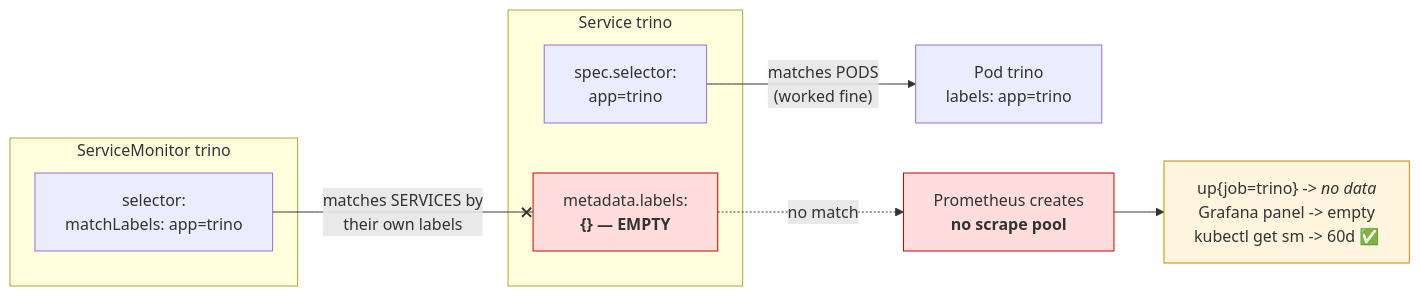
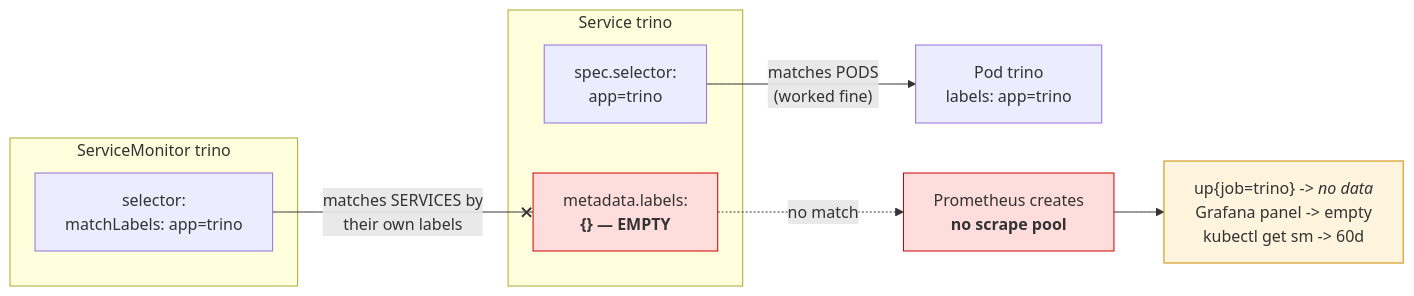
One commit to edtbl76/weyland-lab changed the first of 3 diagrams in docs/diagrams/flow-servicemonitor-coverage.md. Above: the diagram before and after it, drawn with Mermaid. The commit also changed other lines of this file and 2 other files, not shown here.

````diff
--- a/docs/diagrams/flow-servicemonitor-coverage.md
+++ b/docs/diagrams/flow-servicemonitor-coverage.md
@@ -8,21 +8,21 @@
 ```mermaid
 flowchart LR
     subgraph M["ServiceMonitor trino"]
       SEL["selector:<br/>matchLabels: app=trino"]
     end
     subgraph S["Service trino"]
       LAB["metadata.labels:<br/><b>{} — EMPTY</b>"]
       PSEL["spec.selector:<br/>app=trino"]
     end
     POD["Pod trino<br/>labels: app=trino"]
 
     SEL -- "matches SERVICES by<br/>their own labels" --x LAB
     PSEL -- "matches PODS<br/>(worked fine)" --> POD
 
     LAB -.->|no match| NOPOOL["Prometheus creates<br/><b>no scrape pool</b>"]
-    NOPOOL --> NOSIG["up{job=trino} -> <i>no data</i><br/>Grafana panel -> empty<br/>kubectl get sm -> 60d ✅"]
+    NOPOOL --> NOSIG["up{job=trino} -> <i>no data</i><br/>Grafana panel -> empty<br/>kubectl get sm -> 60d"]
 
     style LAB fill:#ffdddd,stroke:#cc0000
     style NOPOOL fill:#ffdddd,stroke:#cc0000
     style NOSIG fill:#fff4dd,stroke:#cc8800
 ```
````
